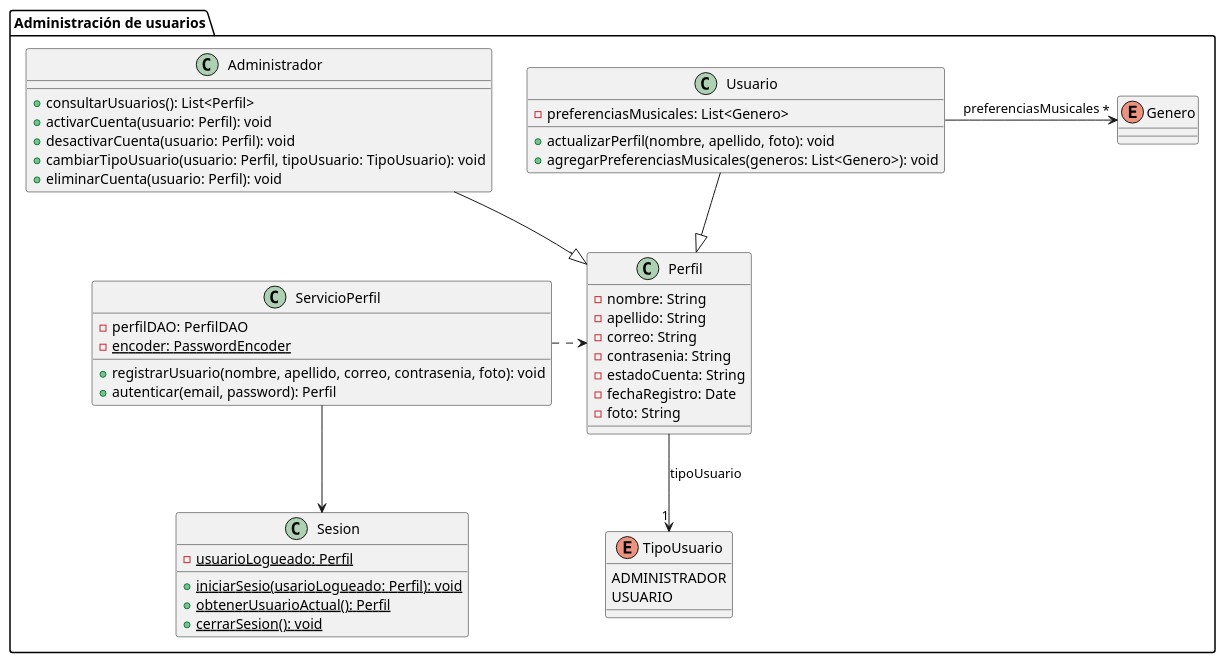
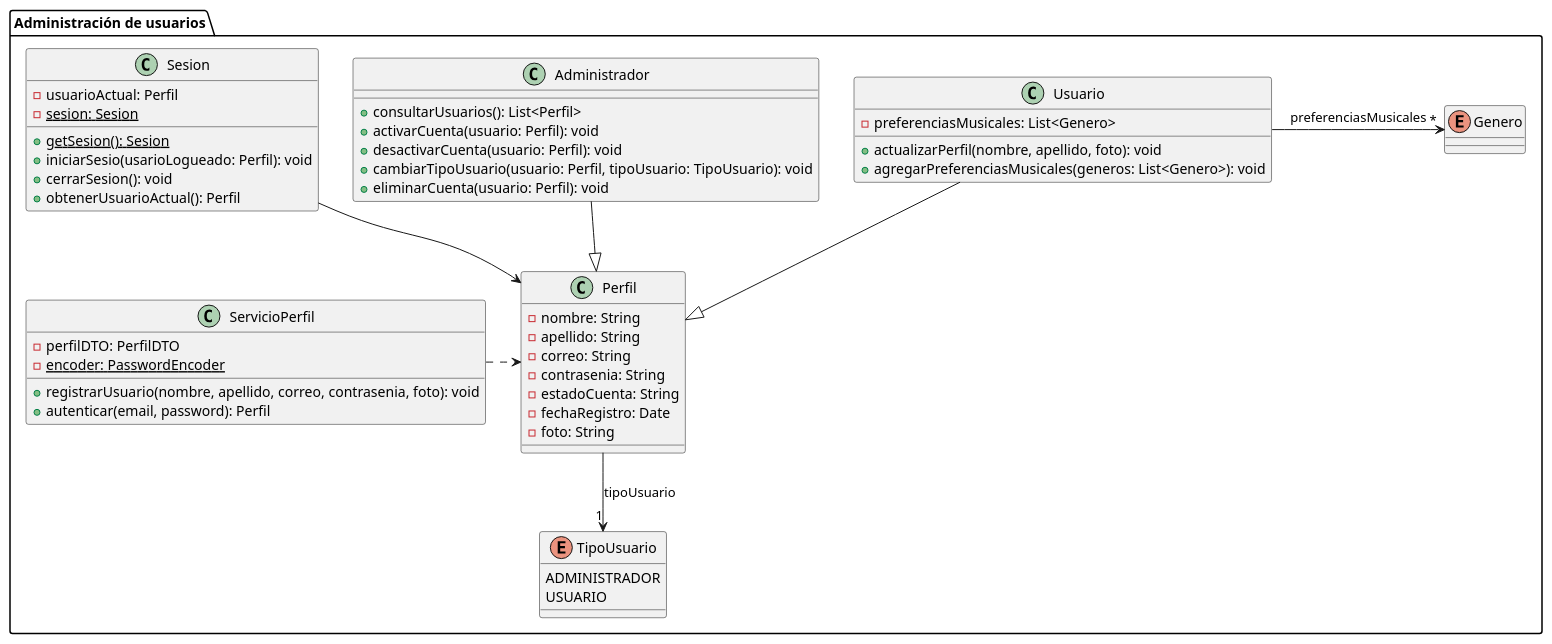
One commit to BaphomeT-T/InkHarmony changed the diagram in design/DiagramaAdministracionUsuarios.puml. Above: the diagram before and after it, drawn with PlantUML. The commit also changed 5 other files, not shown here.

```diff
--- a/design/DiagramaAdministracionUsuarios.puml
+++ b/design/DiagramaAdministracionUsuarios.puml
@@ -1,55 +1,58 @@
 @startuml
 package "Administración de usuarios" {
-
   class Perfil {
     - nombre: String
     - apellido: String
     - correo: String
     - contrasenia: String
     - estadoCuenta: String
     - fechaRegistro: Date
     - foto: String
   }
 
   class Usuario {
     - preferenciasMusicales: List<Genero>
     + actualizarPerfil(nombre, apellido, foto): void
     + agregarPreferenciasMusicales(generos: List<Genero>): void
   }
 
   class Administrador {
     + consultarUsuarios(): List<Perfil>
     + activarCuenta(usuario: Perfil): void
     + desactivarCuenta(usuario: Perfil): void
     + cambiarTipoUsuario(usuario: Perfil, tipoUsuario: TipoUsuario): void
     + eliminarCuenta(usuario: Perfil): void
   }
 
   class ServicioPerfil {
-    - perfilDAO: PerfilDAO
+    - perfilDTO: PerfilDTO
     - {static} encoder: PasswordEncoder
     + registrarUsuario(nombre, apellido, correo, contrasenia, foto): void
     + autenticar(email, password): Perfil
   }
   Enum Genero
   Enum TipoUsuario {
   ADMINISTRADOR
   USUARIO
   }
   class Sesion {
-    - {static} usuarioLogueado: Perfil
-    + {static} iniciarSesio(usarioLogueado: Perfil): void
-    + {static} obtenerUsuarioActual(): Perfil
-    + {static} cerrarSesion(): void
+    - usuarioActual: Perfil
+    - {static} sesion: Sesion
+    + {static} getSesion(): Sesion
+    + iniciarSesio(usarioLogueado: Perfil): void
+    + cerrarSesion(): void
+    + obtenerUsuarioActual(): Perfil
   }
 
   ServicioPerfil .> Perfil
   Usuario --|> Perfil
   Administrador --|> Perfil
   Usuario -> "*" Genero : preferenciasMusicales
   Perfil --> "1" TipoUsuario: tipoUsuario
-  ServicioPerfil --> Sesion
+  Sesion --> Perfil
 
 }
 
+
+
 @enduml
```
